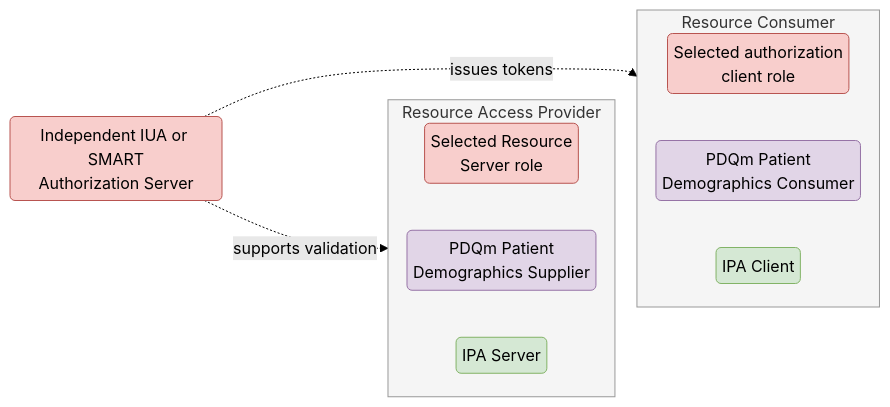
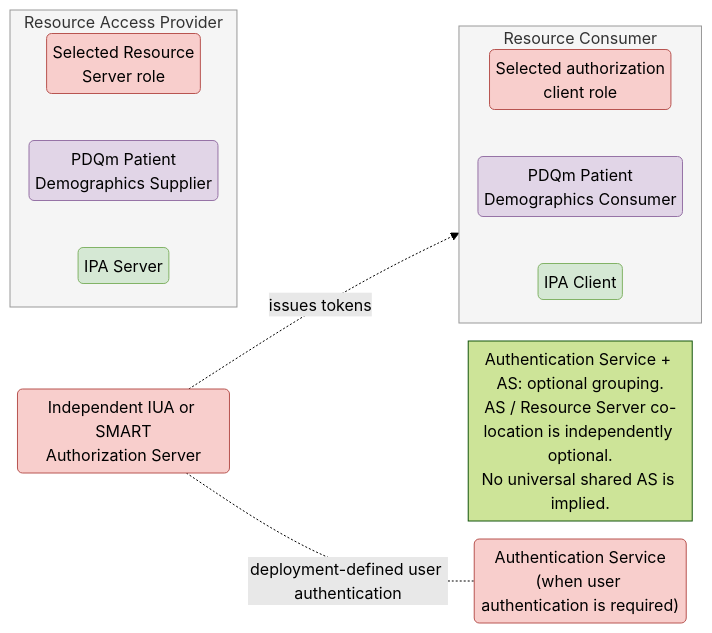
The diagram in input/images-source/resExchange_2.mmd (euridice-org/eu-health-data-api), drawn with Mermaid (forest theme) before and after one commit. The commit also changed 21 other files, not shown here.

```diff
--- a/input/images-source/resExchange_2.mmd
+++ b/input/images-source/resExchange_2.mmd
@@ -1,31 +1,34 @@
 %% Resource Access - Actor Groupings (Figure 7, actors.html)
-%% Regenerate: mmdc -i resExchange_2.mmd -o ../images/resExchange_2.png -b white -s 3 -p /tmp/pptr.json
+%% Alternative Mermaid view; the published SVG is generated from resExchange_2.plantuml.
 %%{init: {'flowchart': {'nodeSpacing': 18, 'rankSpacing': 22, 'padding': 6}}}%%
 flowchart LR
     subgraph Provider["Resource Access Provider"]
         direction TB
         P1("Selected Resource<br/>Server role")
         P2("PDQm Patient<br/>Demographics Supplier")
         P3("IPA Server")
         P1 ~~~ P2 ~~~ P3
     end
     subgraph Consumer["Resource Consumer"]
         direction TB
         C1("Selected authorization<br/>client role")
         C2("PDQm Patient<br/>Demographics Consumer")
         C3("IPA Client")
         C1 ~~~ C2 ~~~ C3
     end
     AS("Independent IUA or SMART<br/>Authorization Server")
+    AuthN("Authentication Service<br/>(when user authentication is required)")
+    Note["Authentication Service + AS: optional grouping.<br/>AS / Resource Server co-location is independently optional.<br/>No universal shared AS is implied."]
     Provider ~~~ Consumer
     AS -. "issues tokens" .-> C1
-    AS -. "supports validation" .-> P1
+    AS -.-|"deployment-defined user authentication"| AuthN
+    AS ~~~ Note
 
     classDef auth fill:#f8cecc,stroke:#b85450,color:#000000;
     classDef pdqm fill:#e1d5e7,stroke:#9673a6,color:#000000;
     classDef ipa fill:#d5e8d4,stroke:#82b366,color:#000000;
-    class P1,C1,AS auth;
+    class P1,C1,AS,AuthN auth;
     class P2,C2 pdqm;
     class P3,C3 ipa;
     style Provider fill:#f5f5f5,stroke:#999999,color:#333333;
     style Consumer fill:#f5f5f5,stroke:#999999,color:#333333;
```
